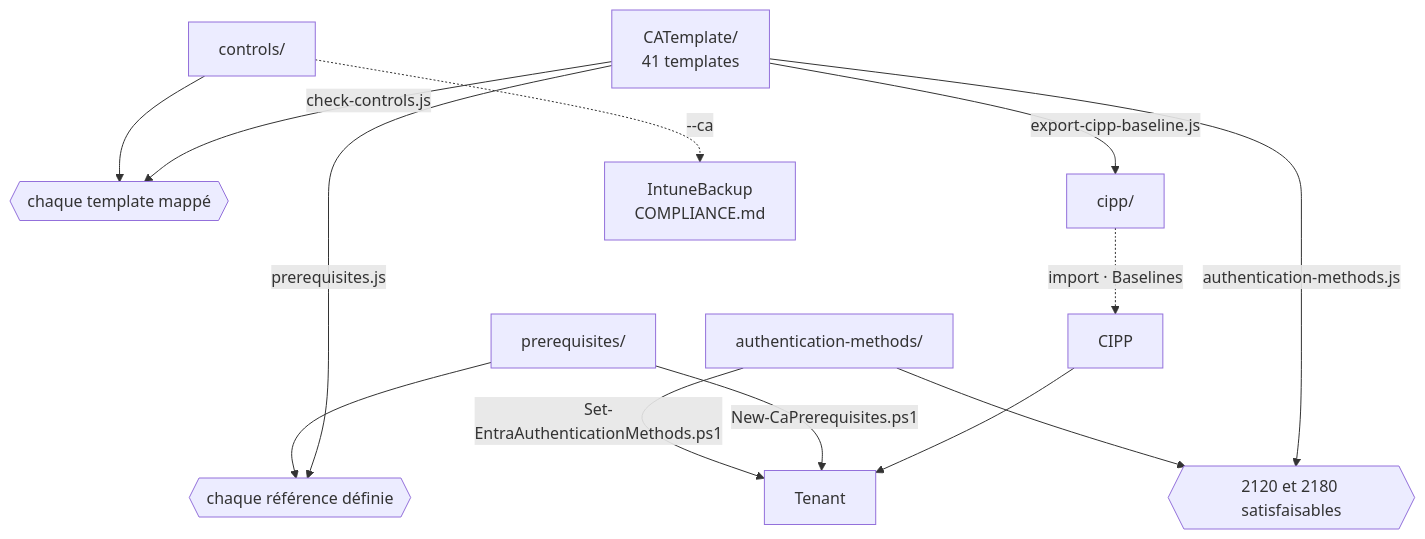
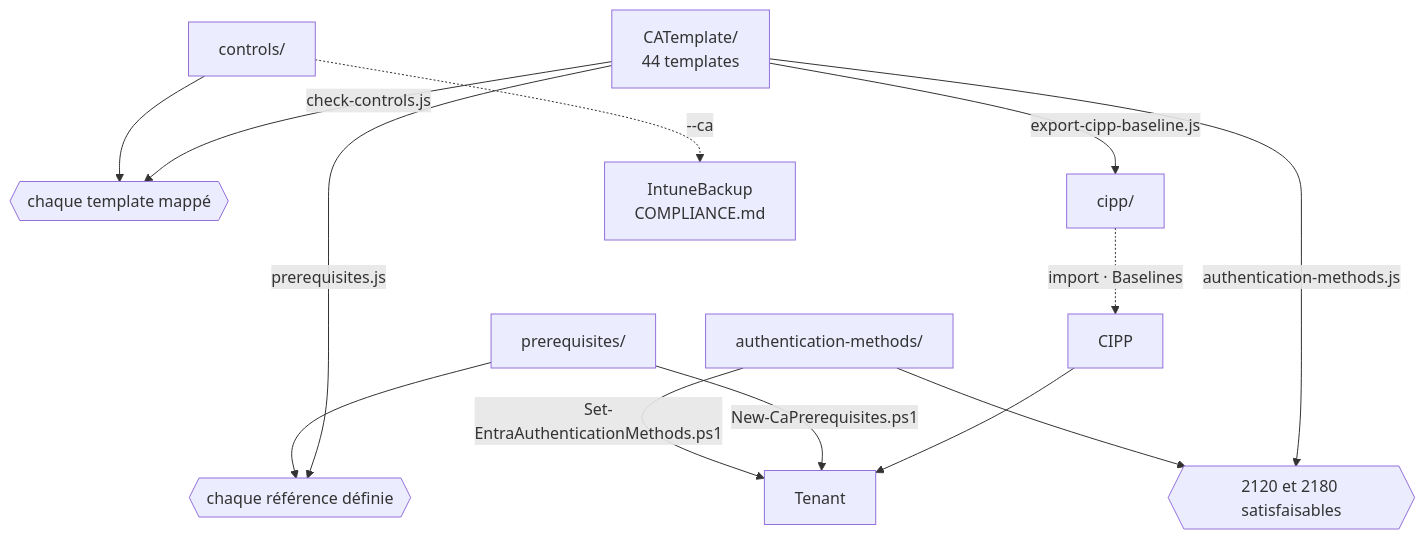
Before and after one commit to sjkanon/CA-Policies: the diagram in scripts/README.fr.md, drawn with Mermaid. The commit also changed 116 other files, not shown here.

````diff
--- a/scripts/README.fr.md
+++ b/scripts/README.fr.md
@@ -9,19 +9,19 @@
 ```mermaid
 flowchart TD
-  T["CATemplate/<br/>41 templates"]
+  T["CATemplate/<br/>44 templates"]
   P["prerequisites/"]
   A["authentication-methods/"]
   C["controls/"]
   T -->|prerequisites.js| CHK1{{"chaque référence définie"}}
   P --> CHK1
   T -->|check-controls.js| CHK2{{"chaque template mappé"}}
   C --> CHK2
   T -->|authentication-methods.js| CHK3{{"2120 et 2180 satisfaisables"}}
   A --> CHK3
   T -->|export-cipp-baseline.js| X["cipp/"]
   X -.->|import · Baselines| CIPP["CIPP"]
   CIPP --> TEN["Tenant"]
   P -->|New-CaPrerequisites.ps1| TEN
   A -->|Set-EntraAuthenticationMethods.ps1| TEN
   C -.->|--ca| IB["IntuneBackup<br/>COMPLIANCE.md"]
 ```
````
